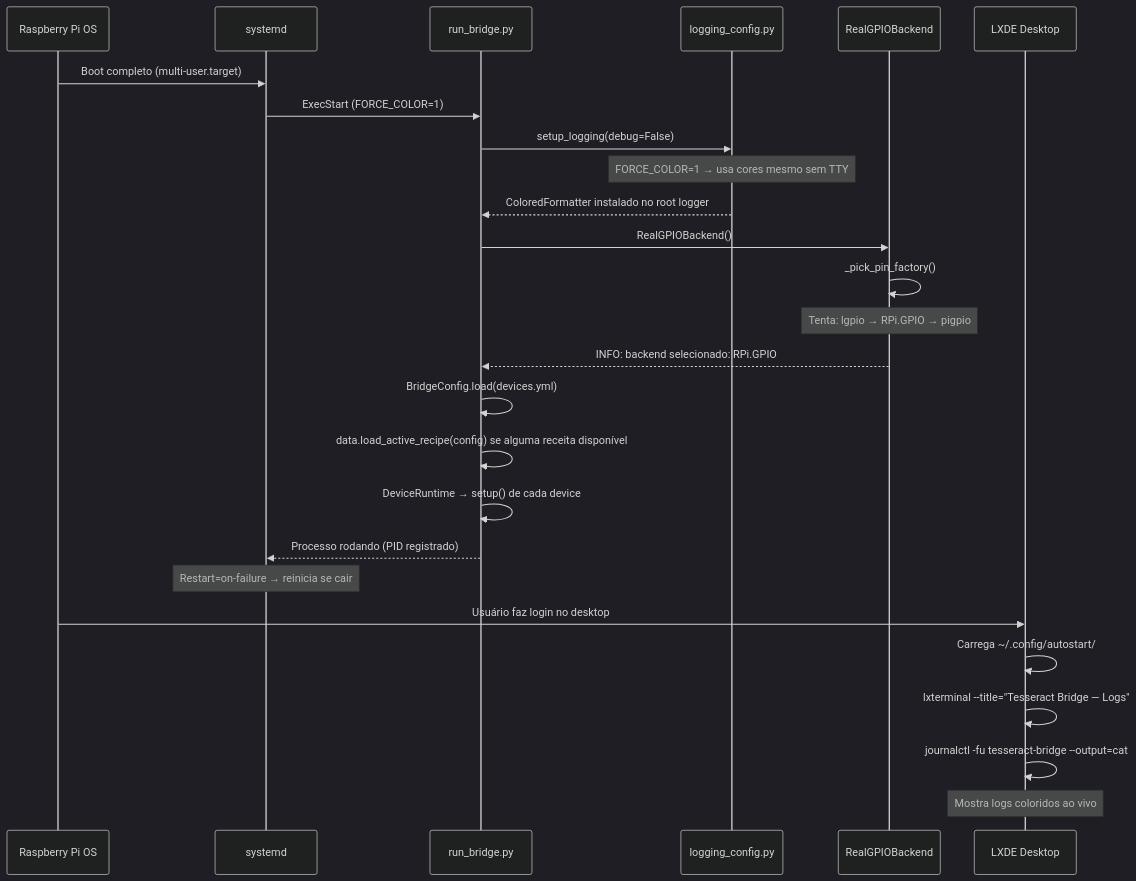
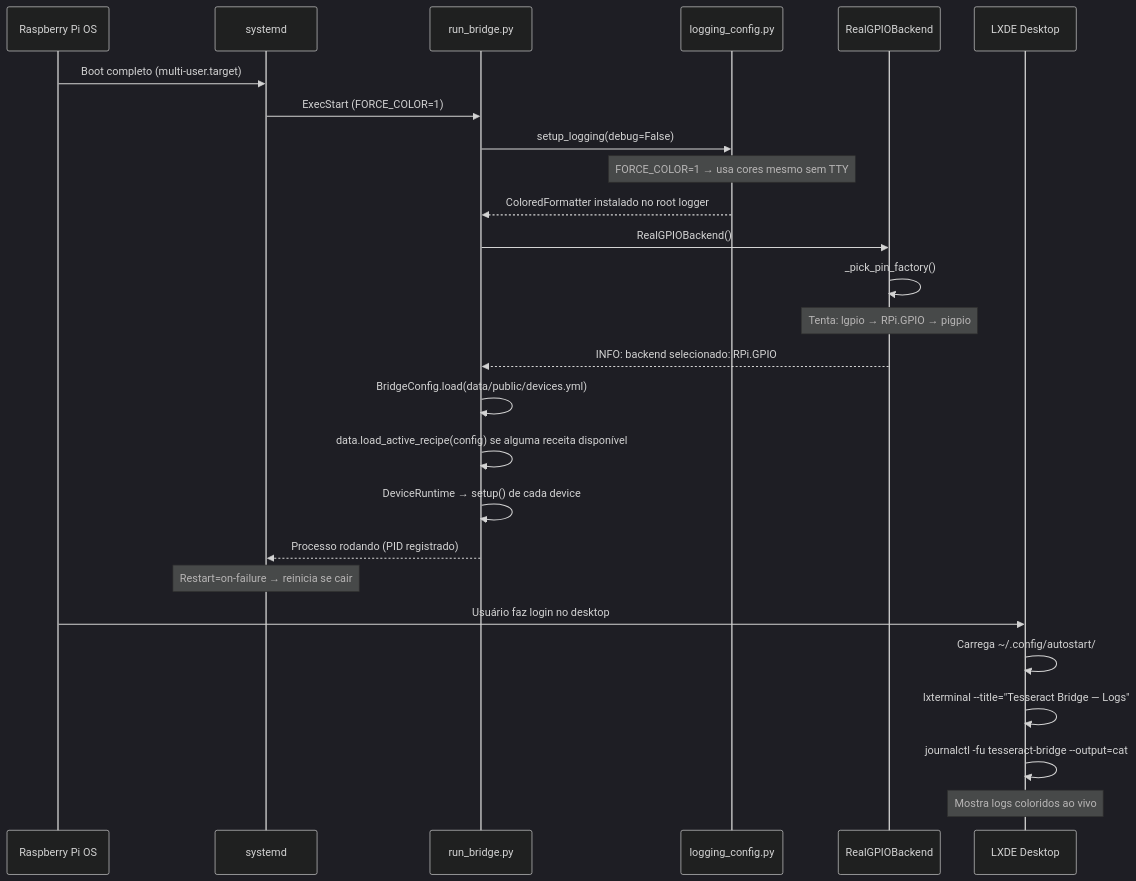
One commit to ChristopherNicolasSMM/Tesseract-Device-Bridge changed the first of 9 diagrams in docs/technical/03-fluxos.md. Above: the diagram before and after it, drawn with Mermaid (dark theme). The commit also changed 16 other files, not shown here.

First line of the commit message:
data/: devices.yml e recipe_state.json movidos pra public/private

````diff
--- a/docs/technical/03-fluxos.md
+++ b/docs/technical/03-fluxos.md
@@ -9,33 +9,33 @@
 ```mermaid
 sequenceDiagram
     participant OS as Raspberry Pi OS
     participant SD as systemd
     participant BR as run_bridge.py
     participant LC as logging_config.py
     participant GPIO as RealGPIOBackend
     participant LXDE as LXDE Desktop
 
     OS->>SD: Boot completo (multi-user.target)
     SD->>BR: ExecStart (FORCE_COLOR=1)
     BR->>LC: setup_logging(debug=False)
     Note over LC: FORCE_COLOR=1 → usa cores mesmo sem TTY
     LC-->>BR: ColoredFormatter instalado no root logger
 
     BR->>GPIO: RealGPIOBackend()
     GPIO->>GPIO: _pick_pin_factory()
     Note over GPIO: Tenta: lgpio → RPi.GPIO → pigpio
     GPIO-->>BR: INFO: backend selecionado: RPi.GPIO
 
-    BR->>BR: BridgeConfig.load(devices.yml)
+    BR->>BR: BridgeConfig.load(data/public/devices.yml)
     BR->>BR: data.load_active_recipe(config) se alguma receita disponível
     BR->>BR: DeviceRuntime → setup() de cada device
     BR-->>SD: Processo rodando (PID registrado)
 
     Note over SD: Restart=on-failure → reinicia se cair
 
     OS->>LXDE: Usuário faz login no desktop
     LXDE->>LXDE: Carrega ~/.config/autostart/
     LXDE->>LXDE: lxterminal --title="Tesseract Bridge — Logs"
     LXDE->>LXDE: journalctl -fu tesseract-bridge --output=cat
     Note over LXDE: Mostra logs coloridos ao vivo
 ```
````
